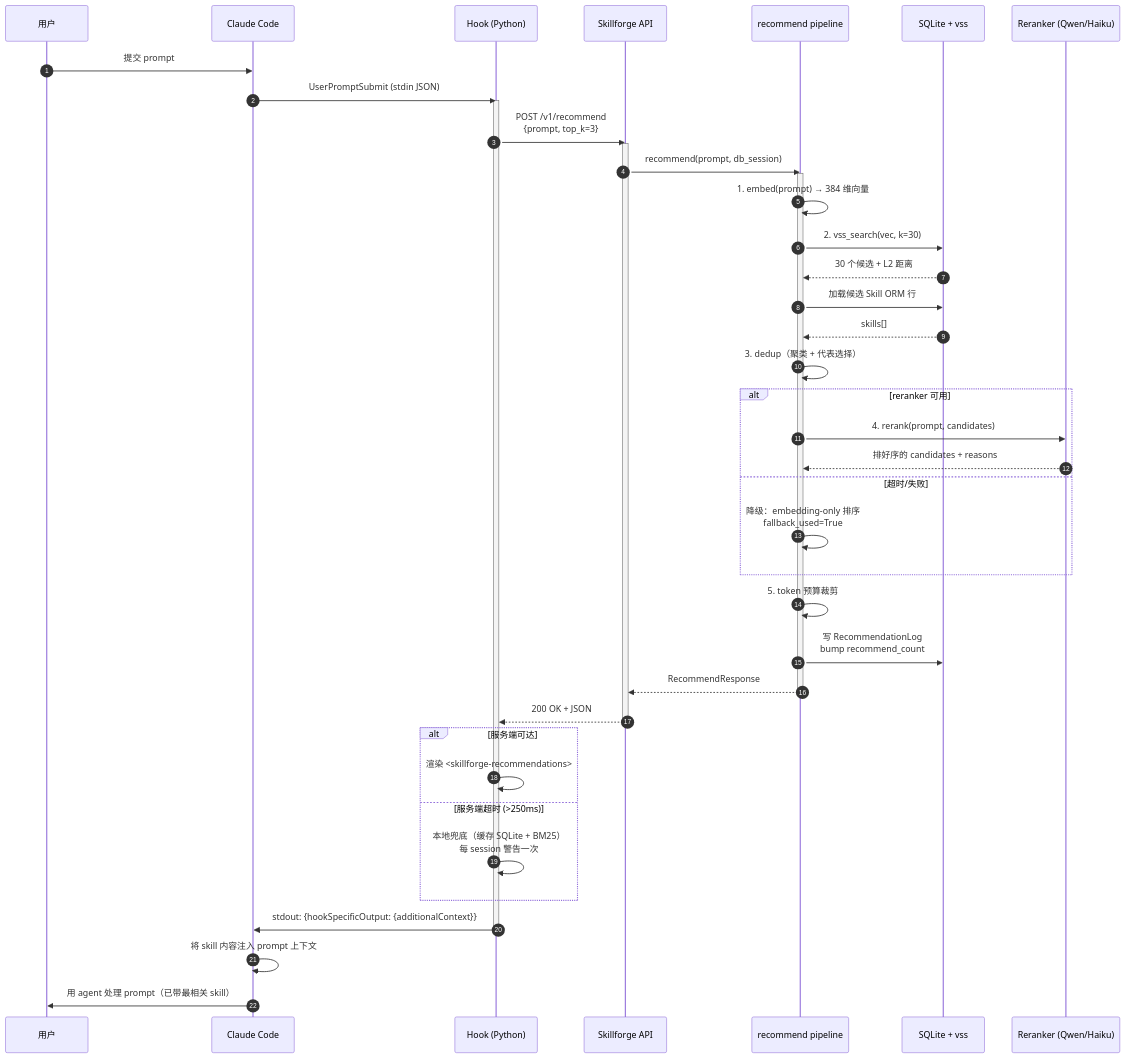
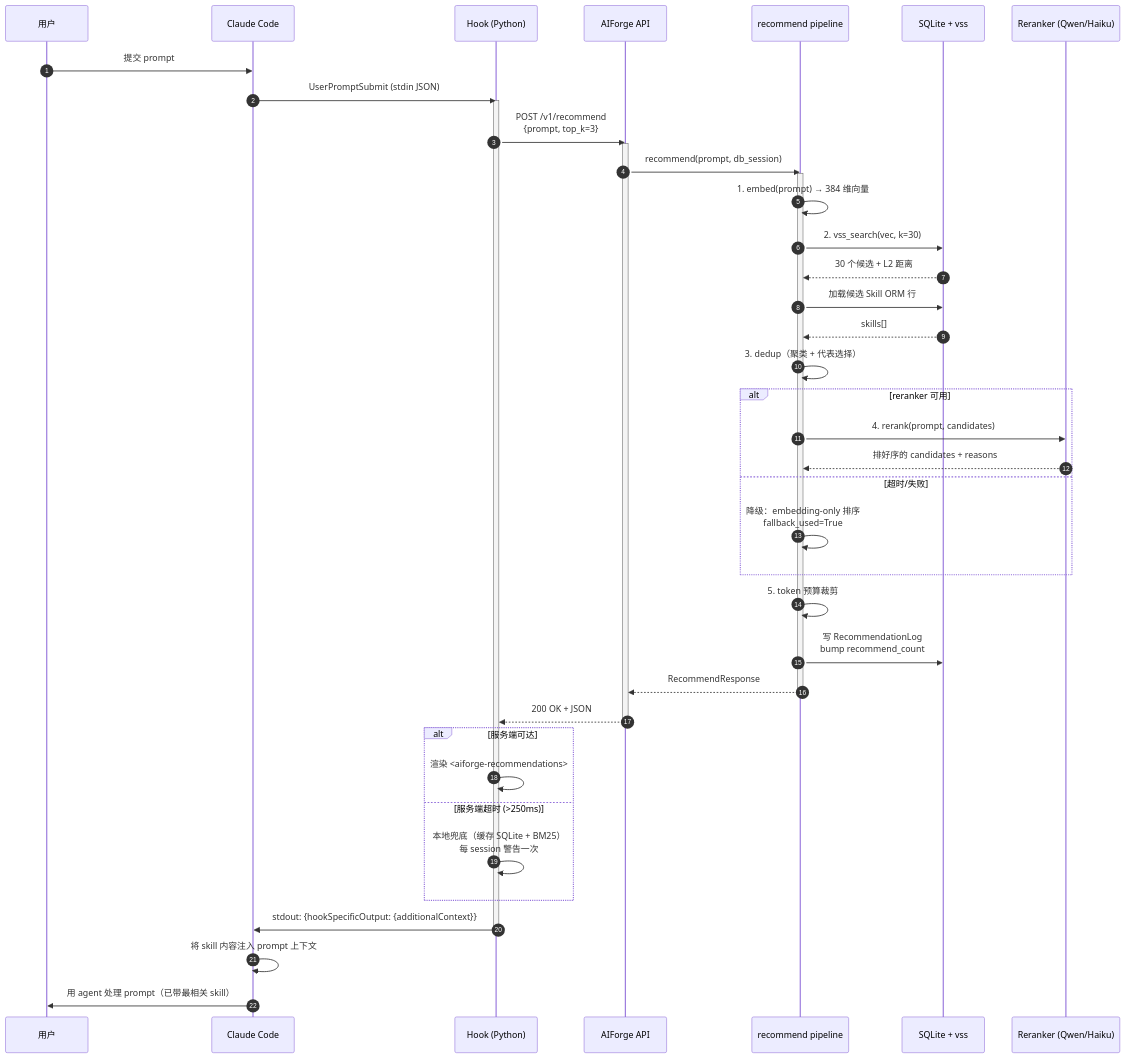
The diagram in docs/diagrams/sequence-recommend.mmd (sheep-programmer/AIForge), drawn with Mermaid before and after one commit. The commit also changed 41 other files, not shown here.

```diff
--- a/docs/diagrams/sequence-recommend.mmd
+++ b/docs/diagrams/sequence-recommend.mmd
@@ -1,51 +1,51 @@
 %% 推荐路径时序图：一次 user prompt 的完整生命周期
 
 sequenceDiagram
     autonumber
     participant User as 用户
     participant CC as Claude Code
     participant Hook as Hook (Python)
-    participant API as Skillforge API
+    participant API as AIForge API
     participant Pipe as recommend pipeline
     participant DB as SQLite + vss
     participant LLM as Reranker (Qwen/Haiku)
 
     User->>CC: 提交 prompt
     CC->>Hook: UserPromptSubmit (stdin JSON)
     activate Hook
     Hook->>API: POST /v1/recommend<br/>{prompt, top_k=3}
     activate API
     API->>Pipe: recommend(prompt, db_session)
     activate Pipe
 
     Pipe->>Pipe: 1. embed(prompt) → 384 维向量
     Pipe->>DB: 2. vss_search(vec, k=30)
     DB-->>Pipe: 30 个候选 + L2 距离
     Pipe->>DB: 加载候选 Skill ORM 行
     DB-->>Pipe: skills[]
     Pipe->>Pipe: 3. dedup（聚类 + 代表选择）
 
     alt reranker 可用
         Pipe->>LLM: 4. rerank(prompt, candidates)
         LLM-->>Pipe: 排好序的 candidates + reasons
     else 超时/失败
         Pipe->>Pipe: 降级：embedding-only 排序<br/>fallback_used=True
     end
 
     Pipe->>Pipe: 5. token 预算裁剪
     Pipe->>DB: 写 RecommendationLog<br/>bump recommend_count
     Pipe-->>API: RecommendResponse
     deactivate Pipe
     API-->>Hook: 200 OK + JSON
     deactivate API
 
     alt 服务端可达
-        Hook->>Hook: 渲染 <skillforge-recommendations>
+        Hook->>Hook: 渲染 <aiforge-recommendations>
     else 服务端超时 (>250ms)
         Hook->>Hook: 本地兜底（缓存 SQLite + BM25）<br/>每 session 警告一次
     end
 
     Hook->>CC: stdout: {hookSpecificOutput: {additionalContext}}
     deactivate Hook
     CC->>CC: 将 skill 内容注入 prompt 上下文
     CC->>User: 用 agent 处理 prompt（已带最相关 skill）
```
